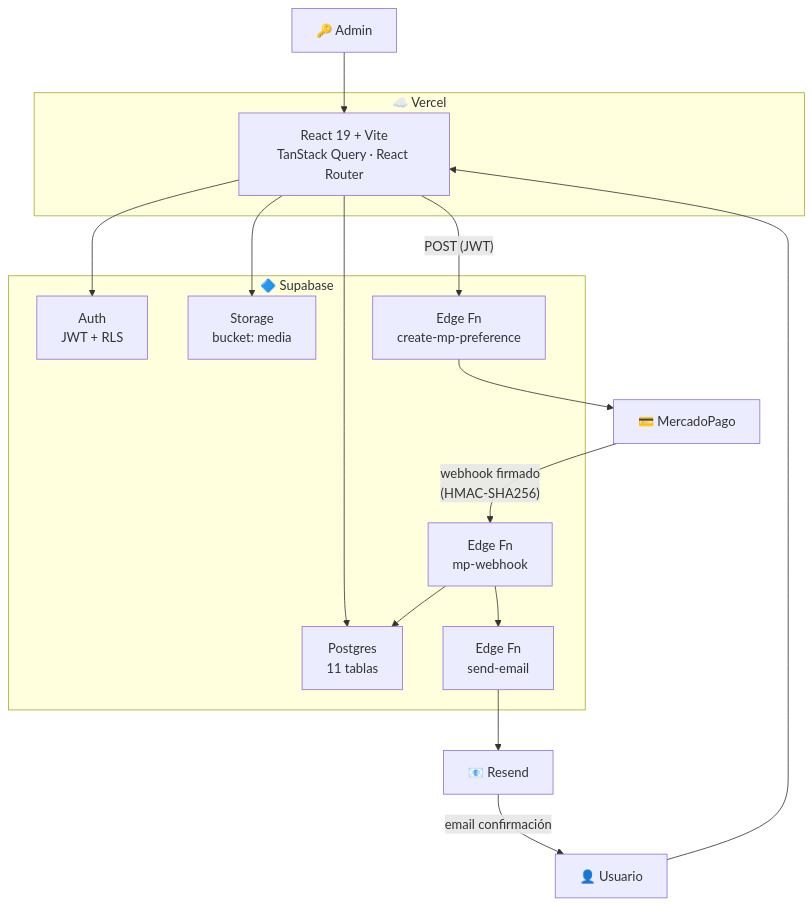
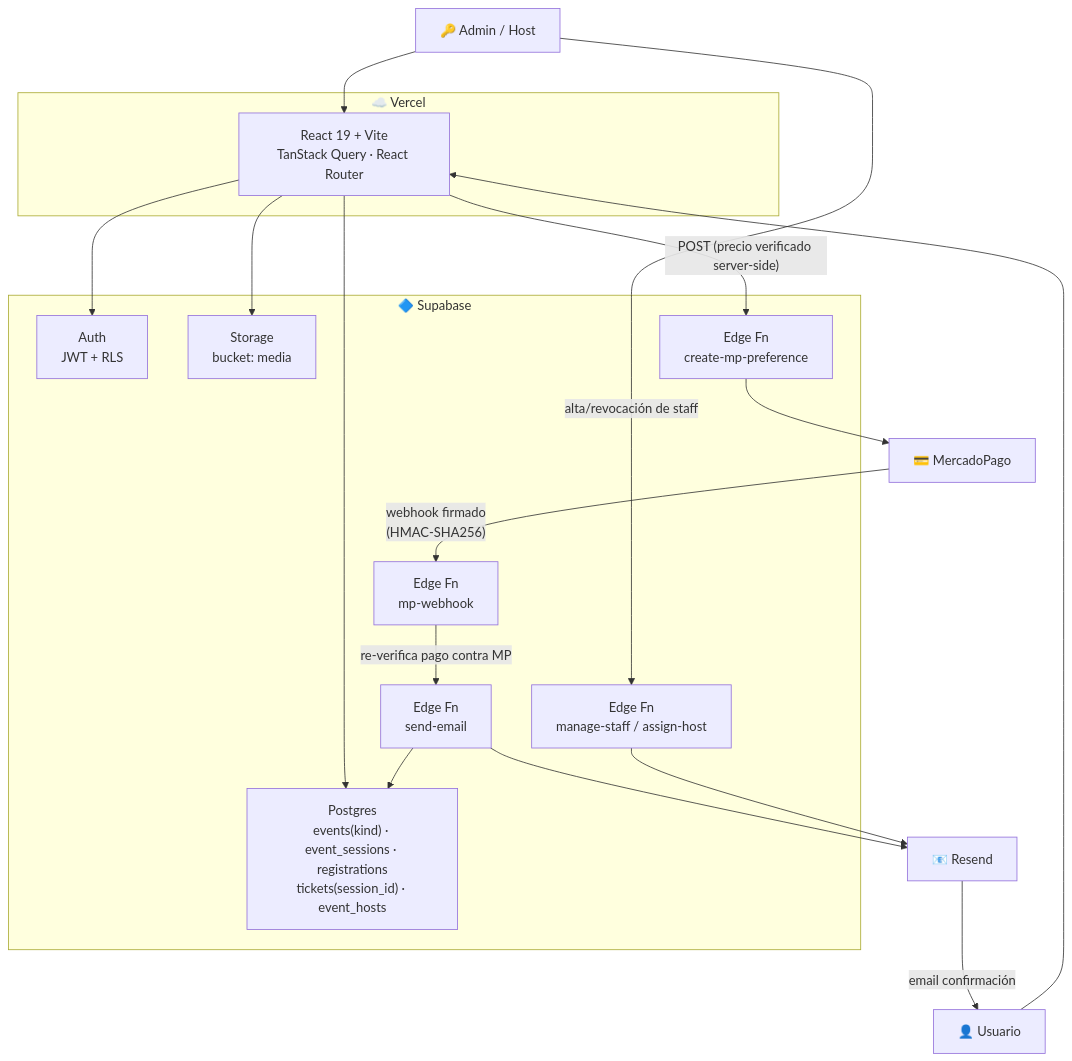
Before and after one commit to lauta-rial/lodegranados-v2: the first of 5 diagrams in docs/architecture-diagrams.md, drawn with Mermaid. The commit also changed other lines of this file, not shown here.

First line of the commit message:
Rewrite architecture diagrams to match current state, cut one for simplicity

````diff
--- a/docs/architecture-diagrams.md
+++ b/docs/architecture-diagrams.md
@@ -5,33 +7,36 @@
 ```mermaid
 graph TB
     subgraph Vercel["☁️ Vercel"]
         React["React 19 + Vite\nTanStack Query · React Router"]
     end
 
     subgraph Supabase["🔷 Supabase"]
         Auth["Auth\nJWT + RLS"]
-        DB["Postgres\n11 tablas"]
+        DB["Postgres\nevents(kind) · event_sessions · registrations\ntickets(session_id) · event_hosts"]
         Storage["Storage\nbucket: media"]
         EF1["Edge Fn\ncreate-mp-preference"]
         EF2["Edge Fn\nmp-webhook"]
         EF3["Edge Fn\nsend-email"]
+        EF4["Edge Fn\nmanage-staff / assign-host"]
     end
 
     MP["💳 MercadoPago"]
     Resend["📧 Resend"]
     User["👤 Usuario"]
-    Admin["🔑 Admin"]
+    Admin["🔑 Admin / Host"]
 
     User --> React
     Admin --> React
     React --> Auth
     React --> DB
     React --> Storage
-    React -->|"POST (JWT)"| EF1
+    React -->|"POST (precio verificado server-side)"| EF1
     EF1 --> MP
     MP -->|"webhook firmado\n(HMAC-SHA256)"| EF2
-    EF2 --> DB
-    EF2 --> EF3
+    EF2 -->|"re-verifica pago contra MP"| EF3
+    EF3 --> DB
     EF3 --> Resend
     Resend -->|"email confirmación"| User
+    Admin -->|"alta/revocación de staff"| EF4
+    EF4 --> Resend
 ```
````
